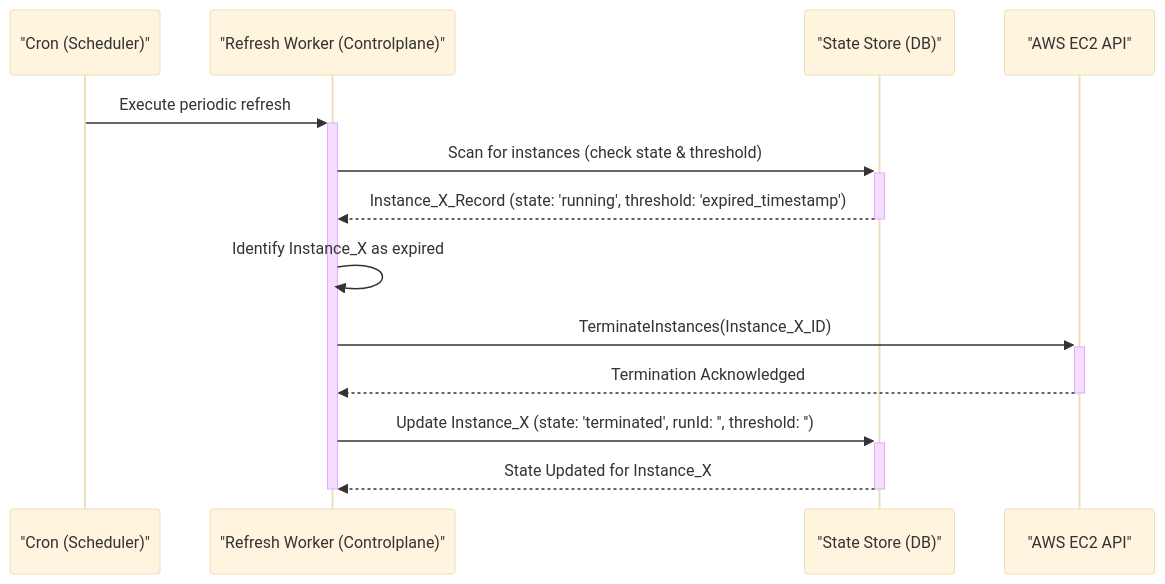
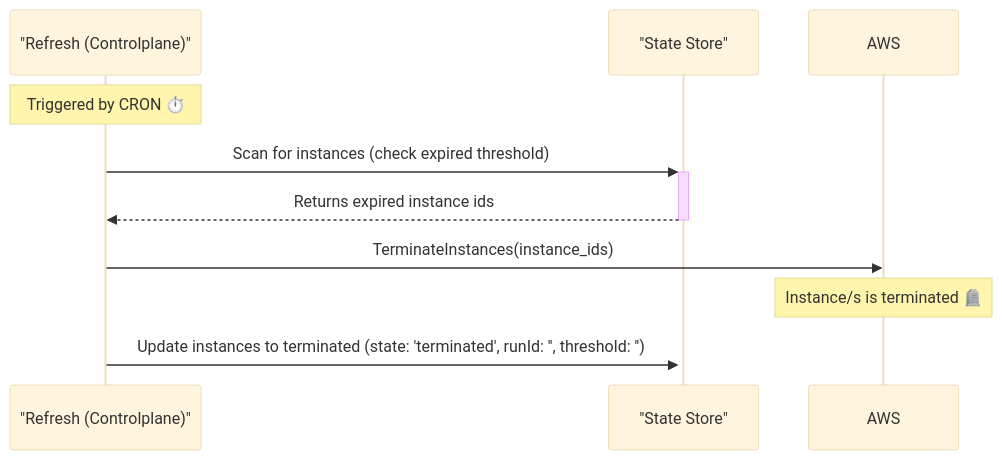
Before and after one commit to fleet-actions/ec2-runner-pool-manager: the fourth of 5 diagrams in docs/architecture/overview.md, drawn with Mermaid (base theme). The commit also changed other lines of this file, not shown here.

Commit message:
docs(architecture): update overview and diagrams for clarity

````diff
--- a/docs/architecture/overview.md
+++ b/docs/architecture/overview.md
@@ -306,17 +307,13 @@
-```mermaid
-sequenceDiagram
-    participant Cron_Trigger as "Cron (Scheduler)"
-    participant Refresh_Worker as "Refresh Worker (Controlplane)"
-    participant DynamoDB as "State Store (DB)"
-    participant AWS_EC2_API as "AWS EC2 API"
+    ```mermaid
+    sequenceDiagram
+        participant Refresh_Worker as "Refresh (Controlplane)"
+        participant DynamoDB as "State Store"
+        participant AWS
 
-    Cron_Trigger->>+Refresh_Worker: Execute periodic refresh
-    Refresh_Worker->>+DynamoDB: Scan for instances (check state & threshold)
-    DynamoDB-->>-Refresh_Worker: Instance_X_Record (state: 'running', threshold: 'expired_timestamp')
-    Refresh_Worker->>Refresh_Worker: Identify Instance_X as expired
-    Refresh_Worker->>+AWS_EC2_API: TerminateInstances(Instance_X_ID)
-    AWS_EC2_API-->>-Refresh_Worker: Termination Acknowledged
-    Refresh_Worker->>+DynamoDB: Update Instance_X (state: 'terminated', runId: '', threshold: '')
-    DynamoDB-->>-Refresh_Worker: State Updated for Instance_X
-    deactivate Refresh_Worker
-```
+        Note over Refresh_Worker: Triggered by CRON ⏱️
+        Refresh_Worker->>+DynamoDB: Scan for instances (check expired threshold)
+        DynamoDB-->>-Refresh_Worker: Returns expired instance ids
+        Refresh_Worker->>AWS: TerminateInstances(instance_ids)
+        Note over AWS: Instance/s is terminated 🪦
+        Refresh_Worker->>+DynamoDB: Update instances to terminated (state: 'terminated', runId: '', threshold: '')
+    ```
````
